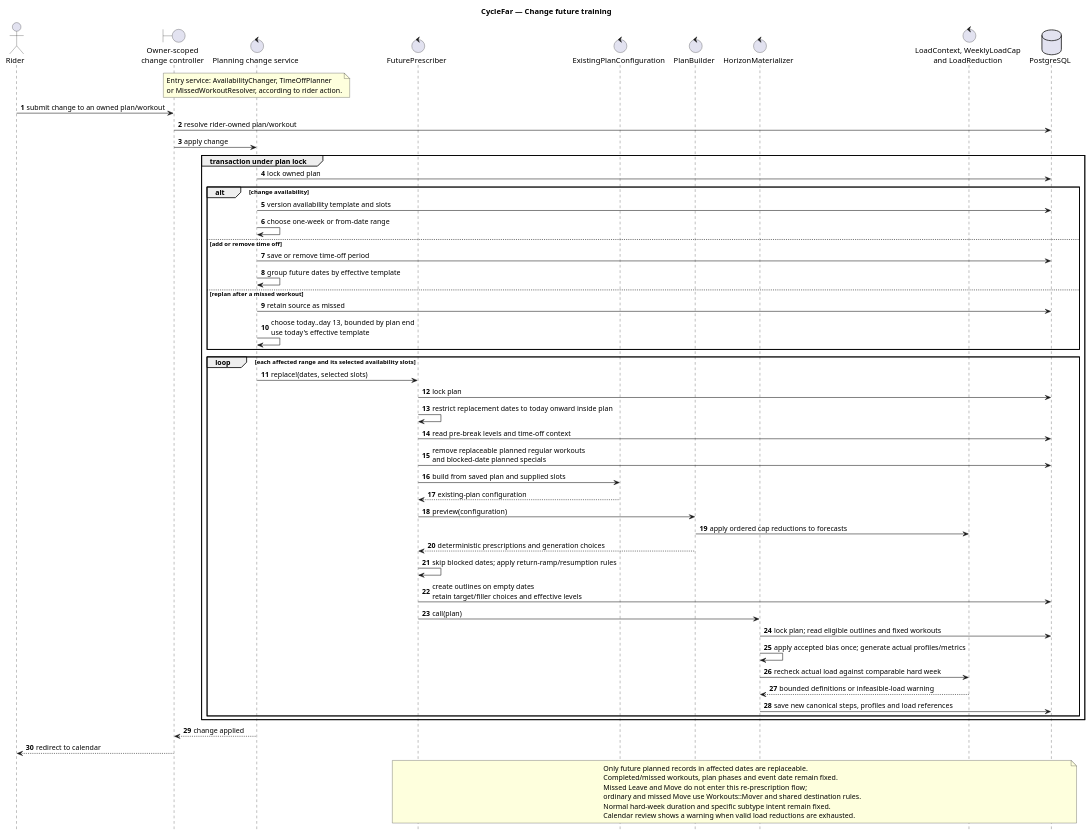
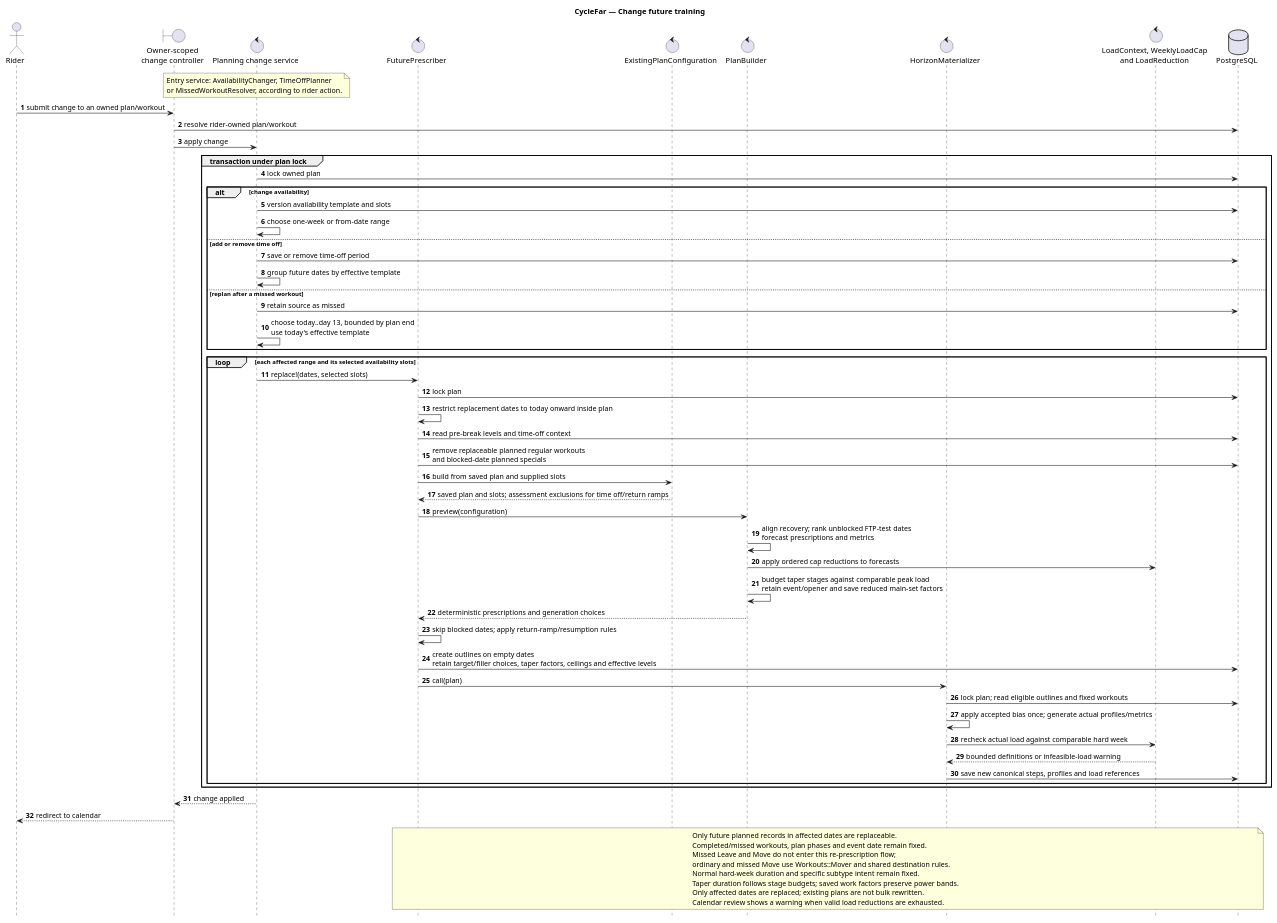
One commit to richardhartme/cyclefar changed the diagram in docs/diagrams/sequence-cyclefar-future-replanning.puml. Above: the diagram before and after it, drawn with PlantUML. The commit also changed 10 other files, not shown here.

Commit message:
Update diagrams and PNG exports for CYF-11

```diff
--- a/docs/diagrams/sequence-cyclefar-future-replanning.puml
+++ b/docs/diagrams/sequence-cyclefar-future-replanning.puml
@@ -1,70 +1,74 @@
 @startuml
 title CycleFar — Change future training
 
 autonumber
 hide footbox
 
 actor Rider
 boundary "Owner-scoped\nchange controller" as Controller
 control "Planning change service" as ChangeService
 control "FuturePrescriber" as Prescriber
 control "ExistingPlanConfiguration" as ExistingConfiguration
 control "PlanBuilder" as Builder
 control "HorizonMaterializer" as Materializer
 control "LoadContext, WeeklyLoadCap\nand LoadReduction" as LoadRules
 database "PostgreSQL" as Database
 
 note over ChangeService
   Entry service: AvailabilityChanger, TimeOffPlanner
   or MissedWorkoutResolver, according to rider action.
 end note
 
 Rider -> Controller: submit change to an owned plan/workout
 Controller -> Database: resolve rider-owned plan/workout
 Controller -> ChangeService: apply change
 group transaction under plan lock
   ChangeService -> Database: lock owned plan
   alt change availability
     ChangeService -> Database: version availability template and slots
     ChangeService -> ChangeService: choose one-week or from-date range
   else add or remove time off
     ChangeService -> Database: save or remove time-off period
     ChangeService -> ChangeService: group future dates by effective template
   else replan after a missed workout
     ChangeService -> Database: retain source as missed
     ChangeService -> ChangeService: choose today..day 13, bounded by plan end\nuse today's effective template
   end
 
   loop each affected range and its selected availability slots
     ChangeService -> Prescriber: replace!(dates, selected slots)
     Prescriber -> Database: lock plan
     Prescriber -> Prescriber: restrict replacement dates to today onward inside plan
     Prescriber -> Database: read pre-break levels and time-off context
     Prescriber -> Database: remove replaceable planned regular workouts\nand blocked-date planned specials
     Prescriber -> ExistingConfiguration: build from saved plan and supplied slots
-    ExistingConfiguration --> Prescriber: existing-plan configuration
+    ExistingConfiguration --> Prescriber: saved plan and slots; assessment exclusions for time off/return ramps
     Prescriber -> Builder: preview(configuration)
+    Builder -> Builder: align recovery; rank unblocked FTP-test dates\nforecast prescriptions and metrics
     Builder -> LoadRules: apply ordered cap reductions to forecasts
+    Builder -> Builder: budget taper stages against comparable peak load\nretain event/opener and save reduced main-set factors
     Builder --> Prescriber: deterministic prescriptions and generation choices
     Prescriber -> Prescriber: skip blocked dates; apply return-ramp/resumption rules
-    Prescriber -> Database: create outlines on empty dates\nretain target/filler choices and effective levels
+    Prescriber -> Database: create outlines on empty dates\nretain target/filler choices, taper factors, ceilings and effective levels
     Prescriber -> Materializer: call(plan)
     Materializer -> Database: lock plan; read eligible outlines and fixed workouts
     Materializer -> Materializer: apply accepted bias once; generate actual profiles/metrics
     Materializer -> LoadRules: recheck actual load against comparable hard week
     LoadRules --> Materializer: bounded definitions or infeasible-load warning
     Materializer -> Database: save new canonical steps, profiles and load references
   end
 end
 ChangeService --> Controller: change applied
 Controller --> Rider: redirect to calendar
 
 note over Prescriber, Database
   Only future planned records in affected dates are replaceable.
   Completed/missed workouts, plan phases and event date remain fixed.
   Missed Leave and Move do not enter this re-prescription flow;
   ordinary and missed Move use Workouts::Mover and shared destination rules.
   Normal hard-week duration and specific subtype intent remain fixed.
+  Taper duration follows stage budgets; saved work factors preserve power bands.
+  Only affected dates are replaced; existing plans are not bulk rewritten.
   Calendar review shows a warning when valid load reductions are exhausted.
 end note
 @enduml
```
